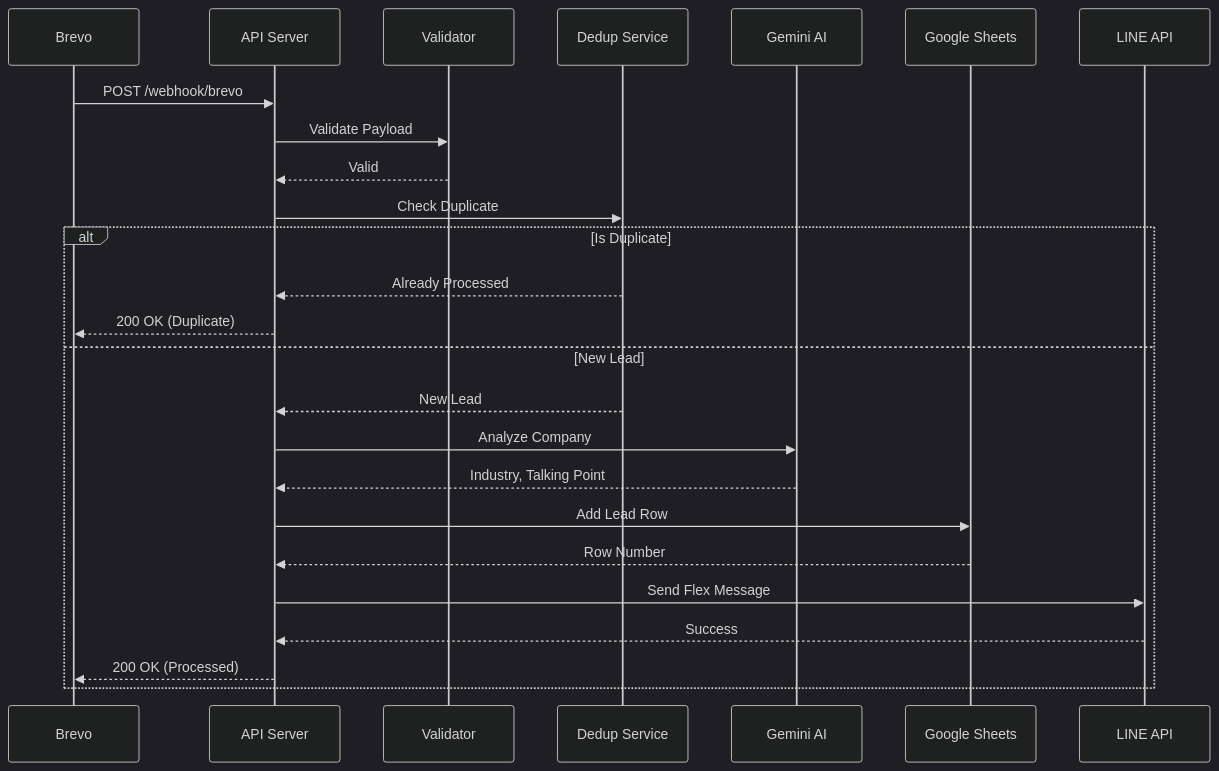
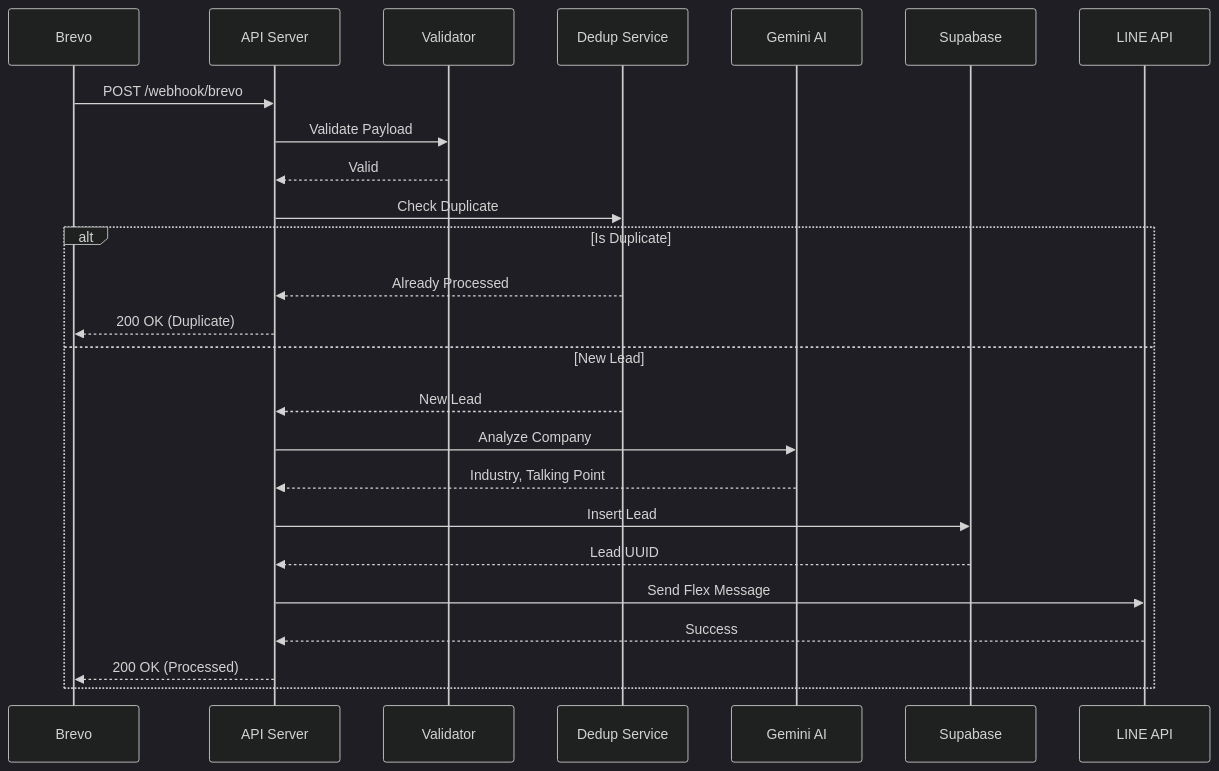
The second of 12 diagrams in docs/ARCHITECTURE.md (Jirawatpyk/ENEOS-Sales-Automation), drawn with Mermaid (dark theme) before and after one commit. The commit also changed other lines of this file and 40 other files, not shown here.

First line of the commit message:
feat: cleanup Google Sheets dependencies + update all docs to Supabase (Story 9-4)

````diff
--- a/docs/ARCHITECTURE.md
+++ b/docs/ARCHITECTURE.md
@@ -106,33 +108,33 @@
 ```mermaid
 sequenceDiagram
     participant B as Brevo
     participant API as API Server
     participant V as Validator
     participant D as Dedup Service
     participant AI as Gemini AI
-    participant S as Google Sheets
+    participant S as Supabase
     participant L as LINE API
 
     B->>API: POST /webhook/brevo
     API->>V: Validate Payload
     V-->>API: Valid
 
     API->>D: Check Duplicate
     alt Is Duplicate
         D-->>API: Already Processed
         API-->>B: 200 OK (Duplicate)
     else New Lead
         D-->>API: New Lead
 
         API->>AI: Analyze Company
         AI-->>API: Industry, Talking Point
 
-        API->>S: Add Lead Row
-        S-->>API: Row Number
+        API->>S: Insert Lead
+        S-->>API: Lead UUID
 
         API->>L: Send Flex Message
         L-->>API: Success
 
         API-->>B: 200 OK (Processed)
     end
 ```
````
